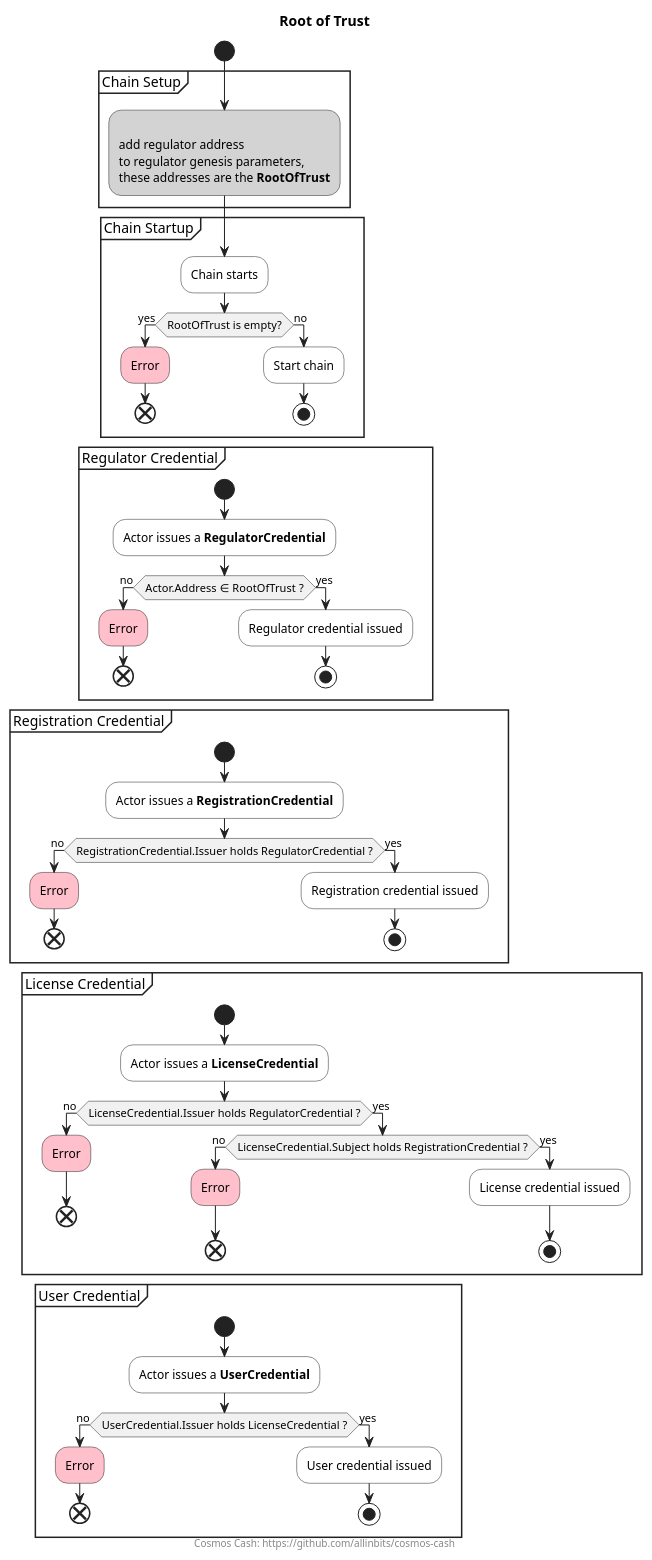
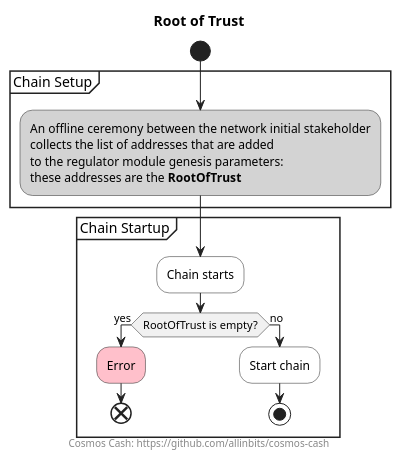
One commit to allinbits/cosmos-cash changed the diagram in docs/assets/diagrams/src/root_of_trust.puml. Above: the diagram before and after it, drawn with PlantUML. The commit also changed 3 other files, not shown here.

Commit message:
docs: finalize ADR 007 - root of trust

```diff
--- a/docs/assets/diagrams/src/root_of_trust.puml
+++ b/docs/assets/diagrams/src/root_of_trust.puml
@@ -1,94 +1,39 @@
 @startuml
 
 title Root of Trust
 footer Cosmos Cash: https://github.com/allinbits/cosmos-cash
 
 <style>
 activityDiagram {
   LineColor #222
   FontName sans
 }
 </style>
 skinparam monochrome false
 skinparam shadowing false
 
 
 start
 partition "Chain Setup" {
-    #lightgray:
-    add regulator address
-    to regulator genesis parameters,
+    #lightgray:An offline ceremony between the network initial stakeholder
+    collects the list of addresses that are added
+    to the regulator module genesis parameters:
     these addresses are the **RootOfTrust**;
 }
 
 
 partition "Chain Startup" {
     #white:Chain starts;
     if (RootOfTrust is empty?) then (yes)
         #pink:Error;
         end
     else (no)
         #white:Start chain;
         stop
     endif
 }
 
 
 
-partition "Regulator Credential" {
-start
-
-#white:Actor issues a **RegulatorCredential**;
-if (Actor.Address ∈ RootOfTrust ?) then (no)
-    #pink:Error;
-    end
-else (yes)
-    #white:Regulator credential issued;
-    stop
-endif
-}
-
-partition "Registration Credential" {
-start
-#white:Actor issues a **RegistrationCredential**;
-if (RegistrationCredential.Issuer holds RegulatorCredential ?) then (no)
-    #pink:Error;
-    end
-else (yes)
-    #white:Registration credential issued;
-    stop
-endif
-}
-
-partition "License Credential" {
-start
-#white:Actor issues a **LicenseCredential**;
-if (LicenseCredential.Issuer holds RegulatorCredential ?) then (no)
-    #pink:Error;
-    end
-else (yes)
-    if (LicenseCredential.Subject holds RegistrationCredential ?) then (no)
-        #pink:Error;
-        end
-    else (yes)
-        #white:License credential issued;
-        stop
-    endif
-endif
-}
-
-
-partition "User Credential" {
-start
-#white:Actor issues a **UserCredential**;
-if (UserCredential.Issuer holds LicenseCredential ?) then (no)
-    #pink:Error;
-    end
-else (yes)
-    #white:User credential issued;
-    stop
-endif
-}
-
 
 @enduml
```
